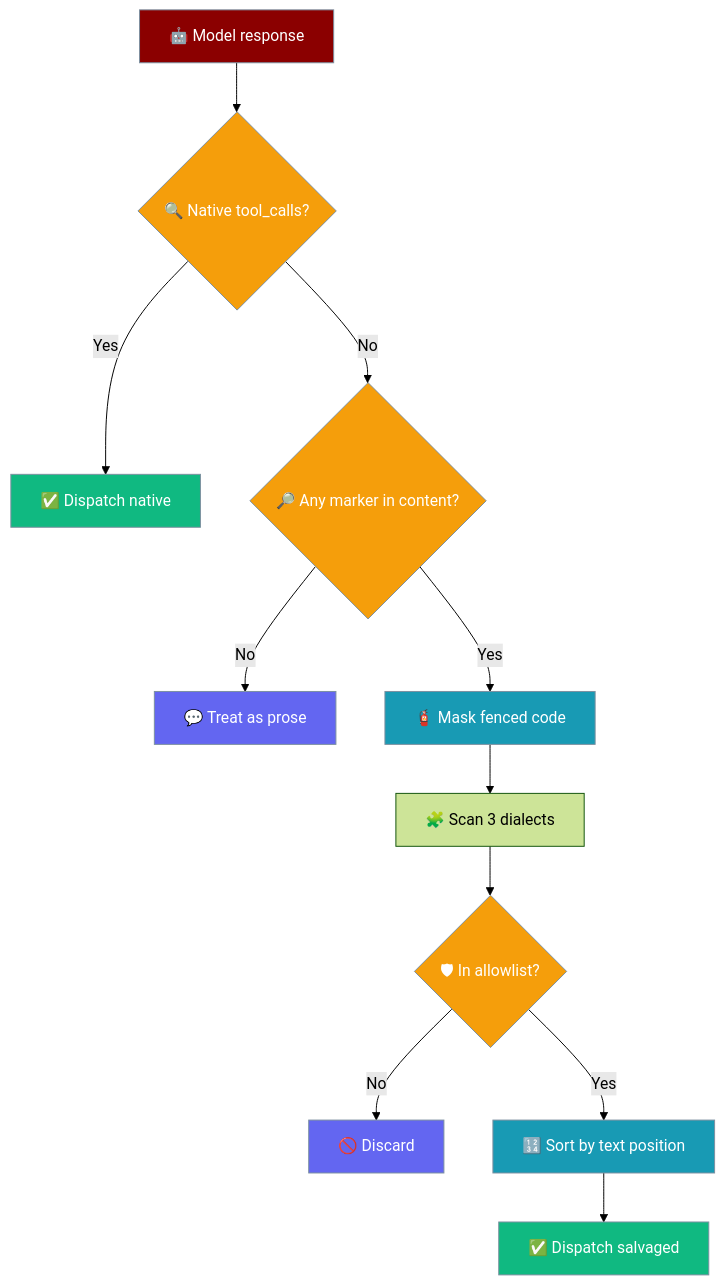
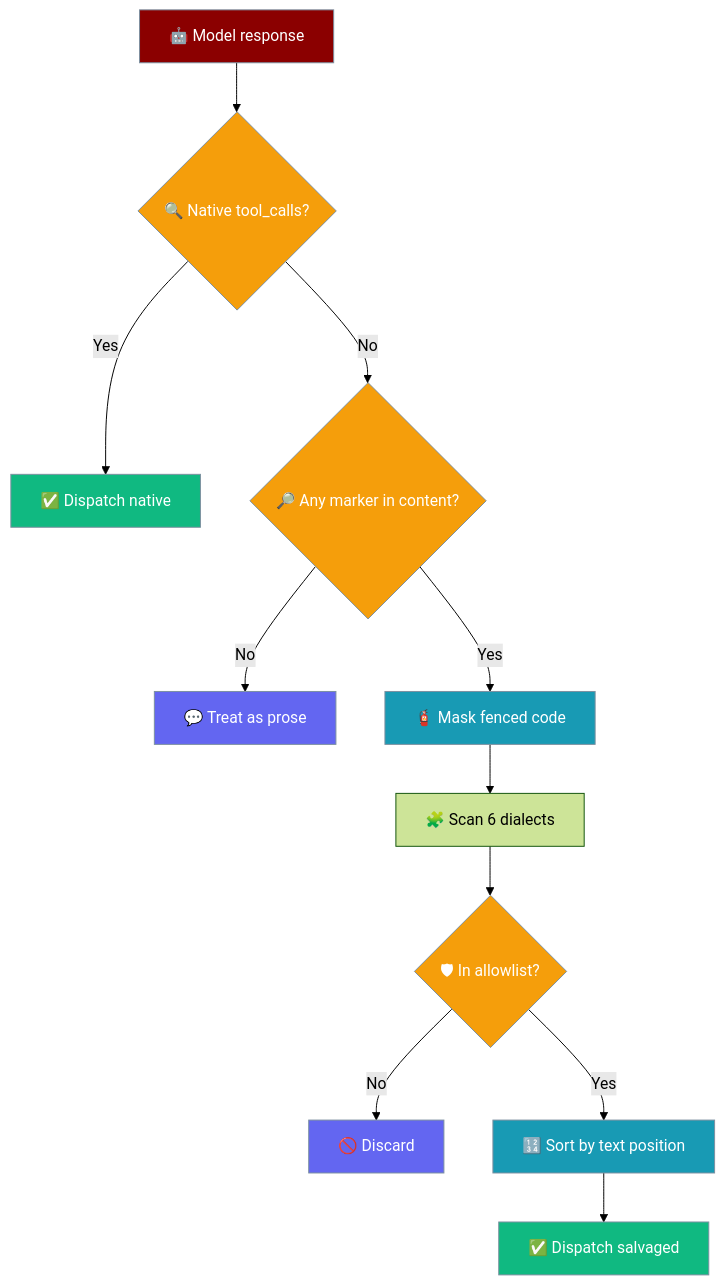
Before and after one commit to MervinPraison/PraisonAIDocs: the fourth of 4 diagrams in docs/features/tool-call-self-repair.mdx, drawn with Mermaid (forest theme). The commit also changed other lines of this file and 1 other file, not shown here.

Commit message:
docs: cover 3 new text tool-call dialects in self-repair (fixes #4617)

````diff
--- a/docs/features/tool-call-self-repair.mdx
+++ b/docs/features/tool-call-self-repair.mdx
@@ -322,25 +409,25 @@
 ```mermaid
 graph TB
     Resp[🤖 Model response] --> Native{🔍 Native tool_calls?}
     Native -->|Yes| RunNative[✅ Dispatch native]
     Native -->|No| Marker{🔎 Any marker in content?}
     Marker -->|No| Prose[💬 Treat as prose]
     Marker -->|Yes| Mask[🧯 Mask fenced code]
-    Mask --> Parse[🧩 Scan 3 dialects]
+    Mask --> Parse[🧩 Scan 6 dialects]
     Parse --> Allow{🛡 In allowlist?}
     Allow -->|No| Drop[🚫 Discard]
     Allow -->|Yes| Order[🔢 Sort by text position]
     Order --> RunSalv[✅ Dispatch salvaged]
 
     classDef input fill:#8B0000,stroke:#7C90A0,color:#fff
     classDef check fill:#F59E0B,stroke:#7C90A0,color:#fff
     classDef safe fill:#189AB4,stroke:#7C90A0,color:#fff
     classDef good fill:#10B981,stroke:#7C90A0,color:#fff
     classDef skip fill:#6366F1,stroke:#7C90A0,color:#fff
 
     class Resp input
     class Native,Marker,Allow check
     class Mask,Order safe
     class RunNative,RunSalv good
     class Prose,Drop skip
 ```
````
